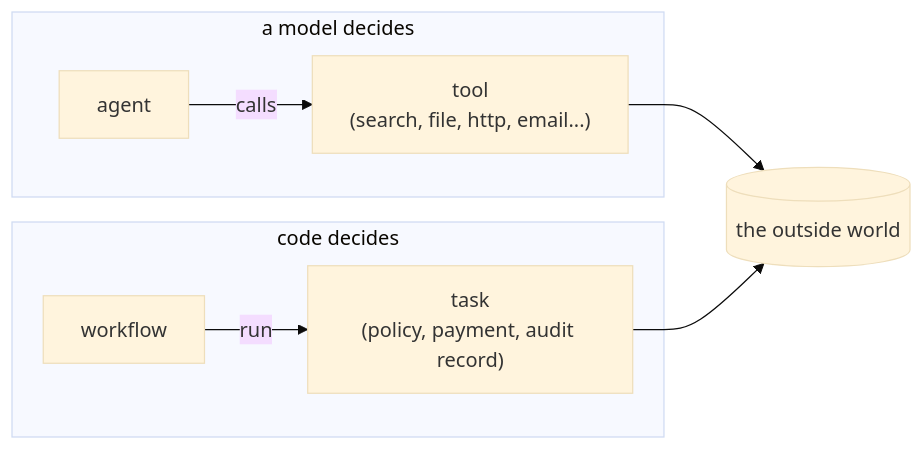
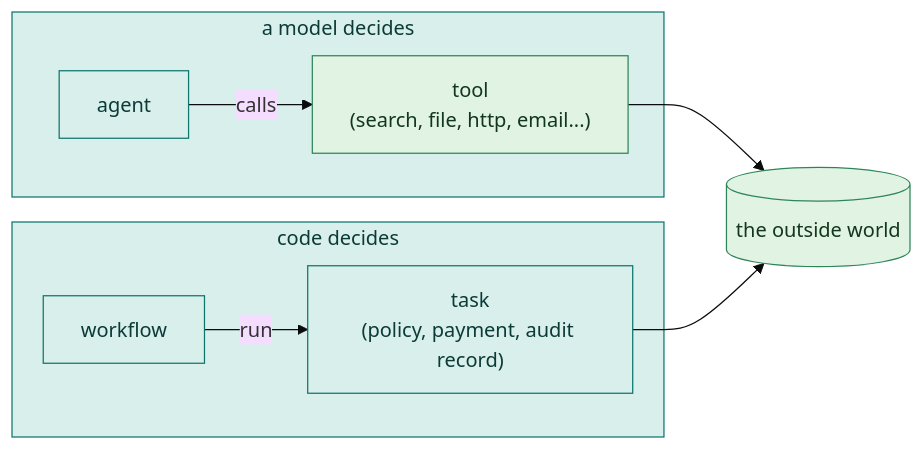
Before and after one commit to srijithunni7182/llm4j: the first of 2 diagrams in docs/tutorial/06-tools-and-tasks.md, drawn with Mermaid (base theme). The commit also changed 13 other files, not shown here.

First line of the commit message:
docs: give the tutorial's diagrams meaningful colours

````diff
--- a/docs/tutorial/06-tools-and-tasks.md
+++ b/docs/tutorial/06-tools-and-tasks.md
@@ -5,11 +5,15 @@
 ```mermaid
 flowchart LR
   subgraph Model["a model decides"]
     A["agent"] -- "calls" --> T["tool<br/>(search, file, http, email...)"]
   end
   subgraph Code["code decides"]
     W["workflow"] -- "run" --> K["task<br/>(policy, payment, audit record)"]
   end
   T --> World[("the outside world")]
   K --> World
+  classDef step fill:#d9efec,stroke:#0f766e,color:#0b3b37
+  classDef world fill:#e1f3e3,stroke:#2f855a,color:#12361e
+  class Model,A,Code,W,K step
+  class T,World world
 ```
````
